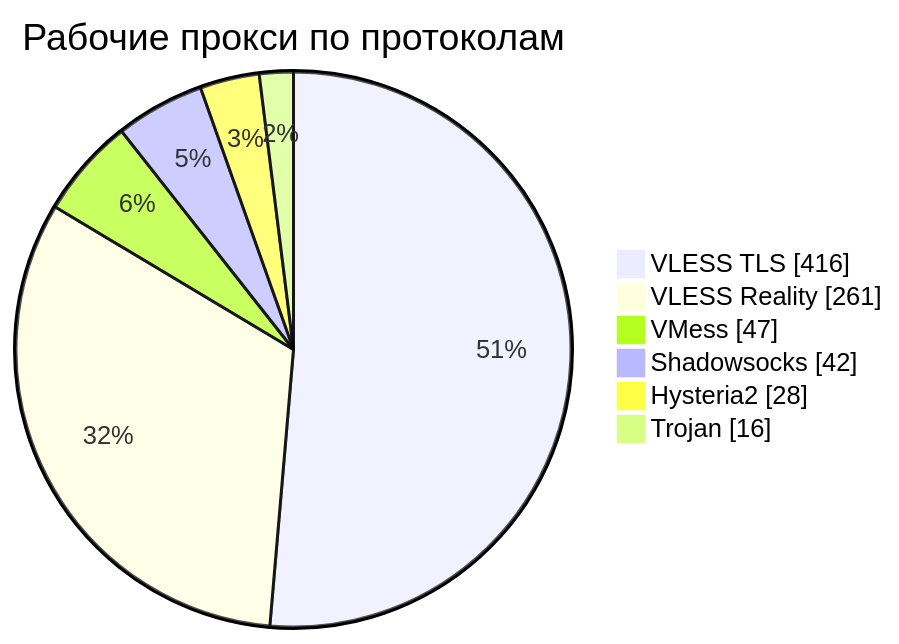
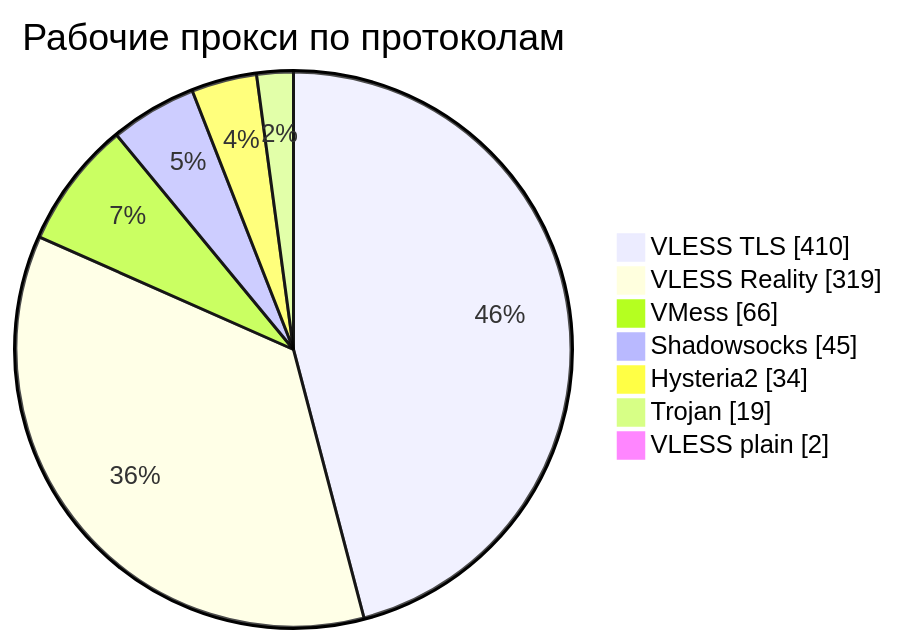
The third of 4 diagrams in README.md (rvvg/proxy-subs), drawn with Mermaid before and after one commit. The commit also changed other lines of this file and 47 other files, not shown here.

````diff
--- a/README.md
+++ b/README.md
@@ -137,10 +135,11 @@
 ```mermaid
 pie showData
     title Рабочие прокси по протоколам
-    "VLESS TLS" : 416
-    "VLESS Reality" : 261
-    "VMess" : 47
-    "Shadowsocks" : 42
-    "Hysteria2" : 28
-    "Trojan" : 16
+    "VLESS TLS" : 410
+    "VLESS Reality" : 319
+    "VMess" : 66
+    "Shadowsocks" : 45
+    "Hysteria2" : 34
+    "Trojan" : 19
+    "VLESS plain" : 2
 ```
````
